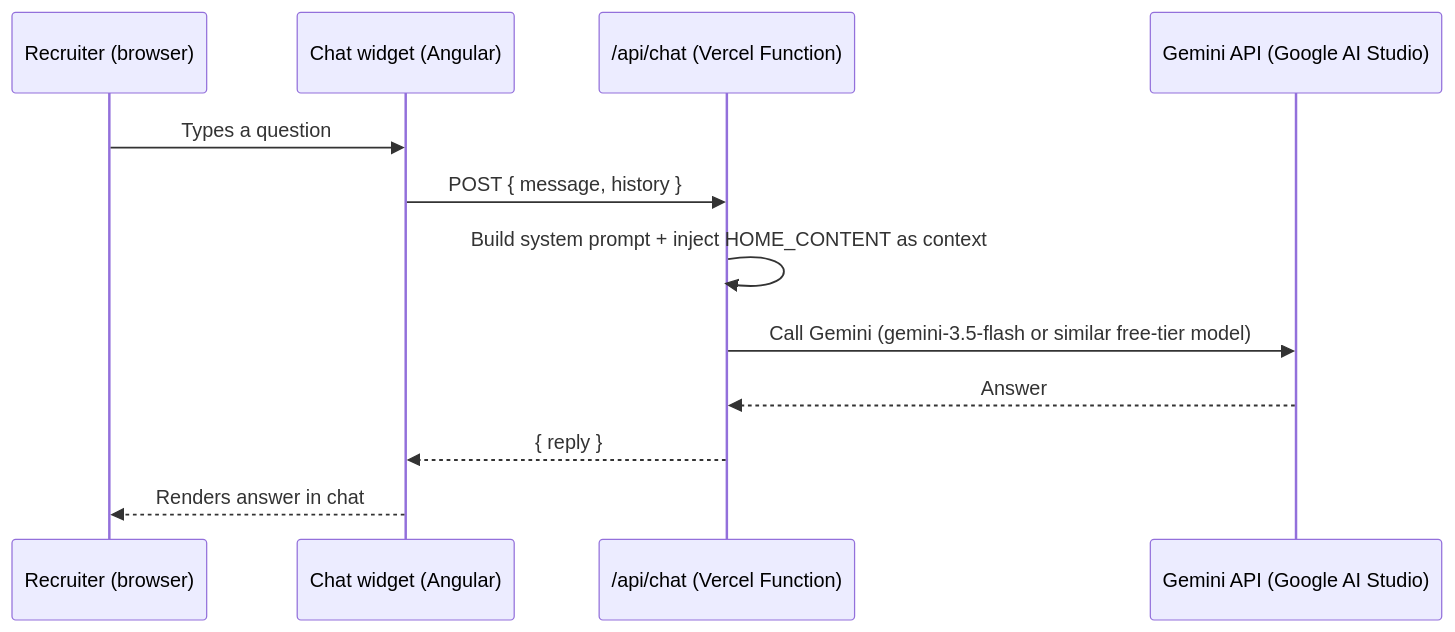
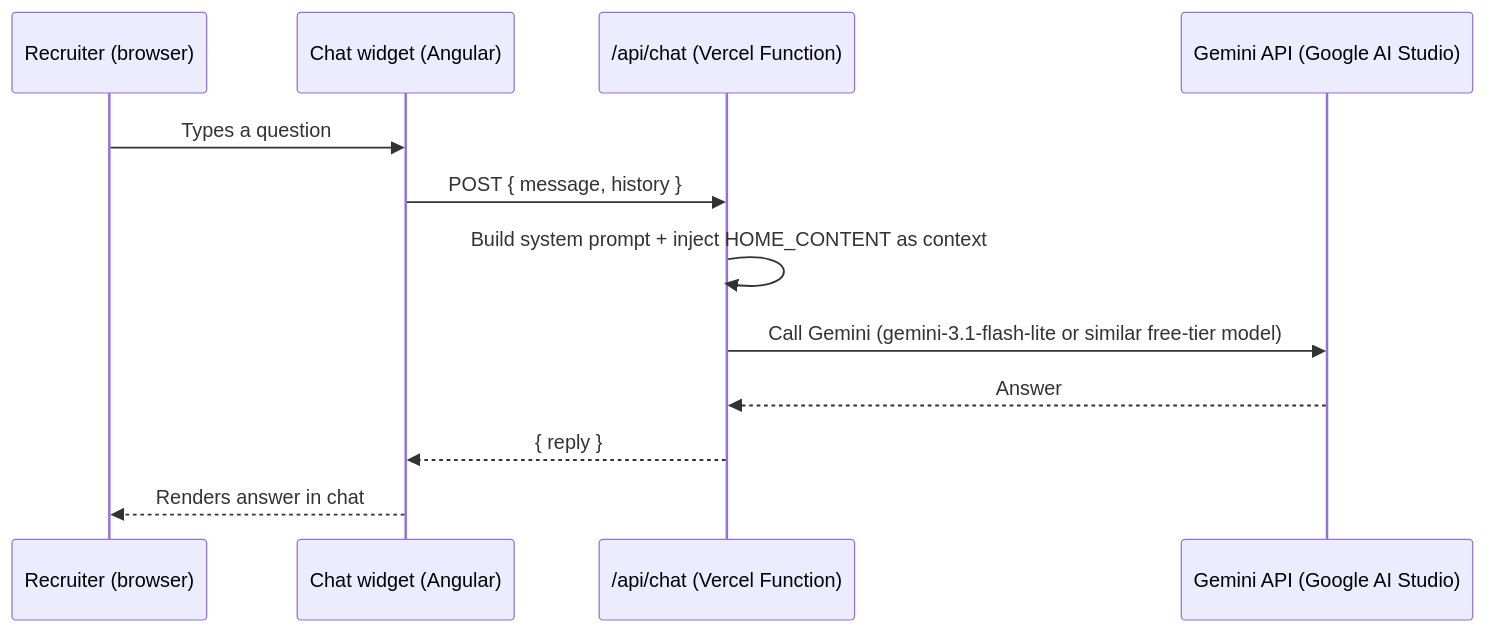
One commit to Jatsenn/work-portfolio changed the diagram in docs/ai-chat-assistant-plan.md. Above: the diagram before and after it, drawn with Mermaid. The commit also changed other lines of this file and 1 other file, not shown here.

Commit message:
Switch to gemini-3.1-flash-lite for better availability
gemini-3.5-flash returned 503 UNAVAILABLE ("high demand") in testing.
3.1 Flash Lite is Google's cost-efficient, high-volume-optimized model —
a better fit for this widget's simple grounded Q&A and likely under
less contention than the flagship model. Confirmed the exact model ID
via Google AI Studio's generated code sample.

````diff
--- a/docs/ai-chat-assistant-plan.md
+++ b/docs/ai-chat-assistant-plan.md
@@ -15,15 +15,15 @@
 ```mermaid
 sequenceDiagram
     participant R as Recruiter (browser)
     participant W as Chat widget (Angular)
     participant F as /api/chat (Vercel Function)
     participant G as Gemini API (Google AI Studio)
 
     R->>W: Types a question
     W->>F: POST { message, history }
     F->>F: Build system prompt + inject HOME_CONTENT as context
-    F->>G: Call Gemini (gemini-3.5-flash or similar free-tier model)
+    F->>G: Call Gemini (gemini-3.1-flash-lite or similar free-tier model)
     G-->>F: Answer
     F-->>W: { reply }
     W-->>R: Renders answer in chat
 ```
````
